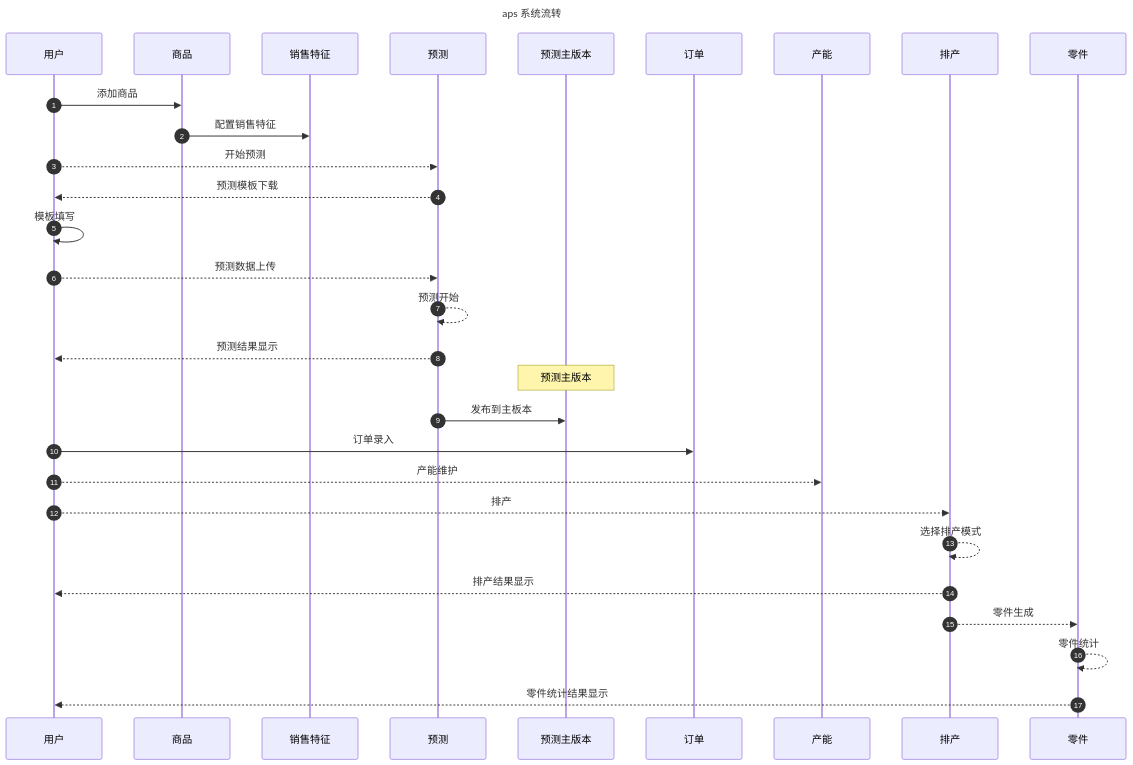
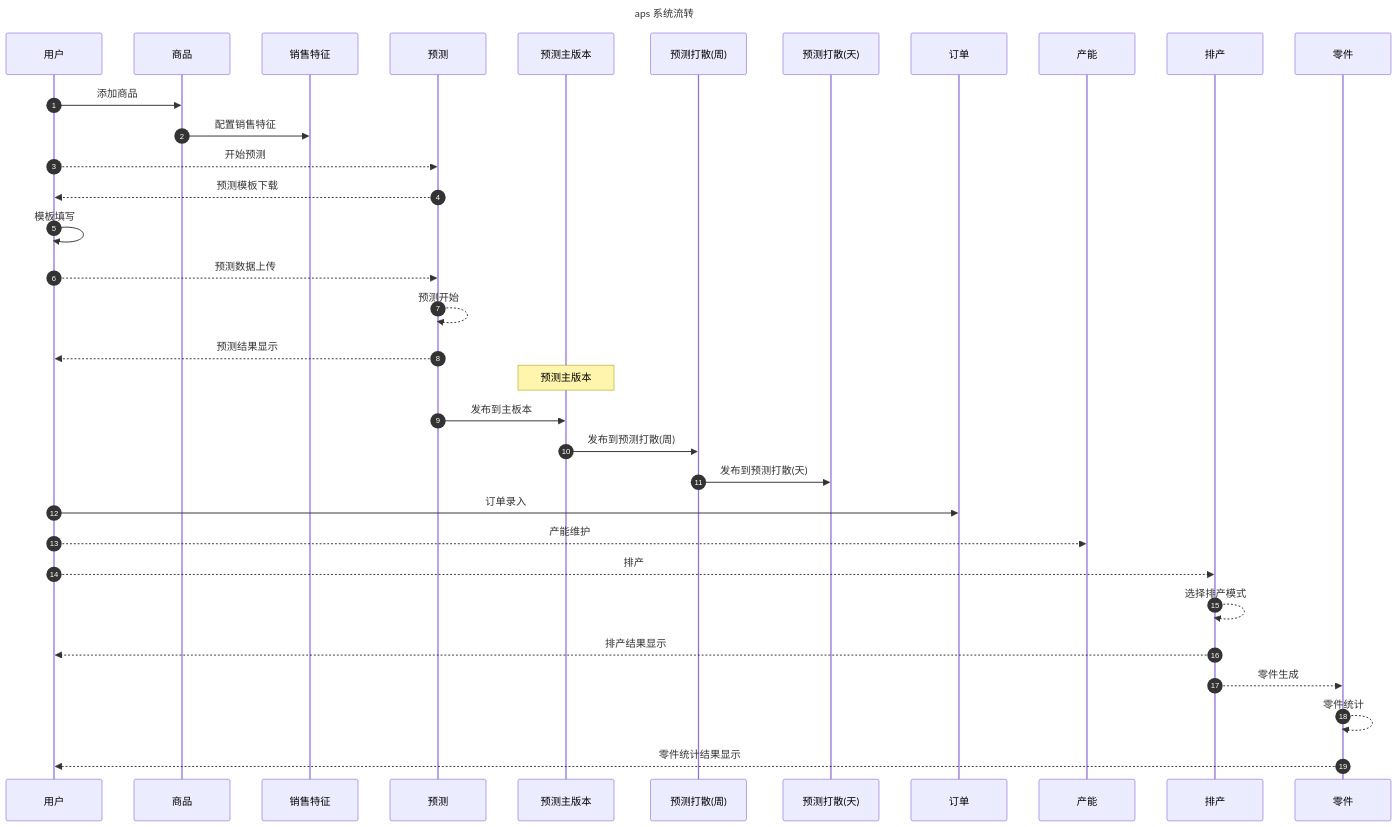
The diagram in doc/md/aps.md (fca197/aps-inventory-sales), drawn with Mermaid before and after one commit.

Commit message:
20240329 - 预测版本上传及预览

````diff
--- a/doc/md/aps.md
+++ b/doc/md/aps.md
@@ -3,33 +3,37 @@
 ```mermaid
 sequenceDiagram 
 autonumber
 title: aps 系统流转
 participant U as 用户
 participant G as 商品
 participant SG as 销售特征
 participant F as 预测
 participant FM as 预测主版本
+participant FPW as  预测打散(周)
+participant FPD as  预测打散(天)
 participant O as  订单
 participant CN as  产能
 participant P as  排产
 participant PART as  零件
 
 U->>G: 添加商品
 G->>SG: 配置销售特征
 U-->>F: 开始预测
 F-->>U: 预测模板下载
 U->>U: 模板填写
 U-->>F: 预测数据上传
 F-->>F: 预测开始
 F-->>U: 预测结果显示
 note over FM: 预测主版本
 F->>FM: 发布到主板本
+FM->>FPW: 发布到预测打散(周)
+FPW->>FPD: 发布到预测打散(天)
 U->>O: 订单录入 
 U-->>CN: 产能维护
 U-->>P: 排产
 P-->>P: 选择排产模式
 P-->>U: 排产结果显示
 P-->>PART: 零件生成
 PART-->>PART: 零件统计
 PART-->>U: 零件统计结果显示
 ``` 
````
